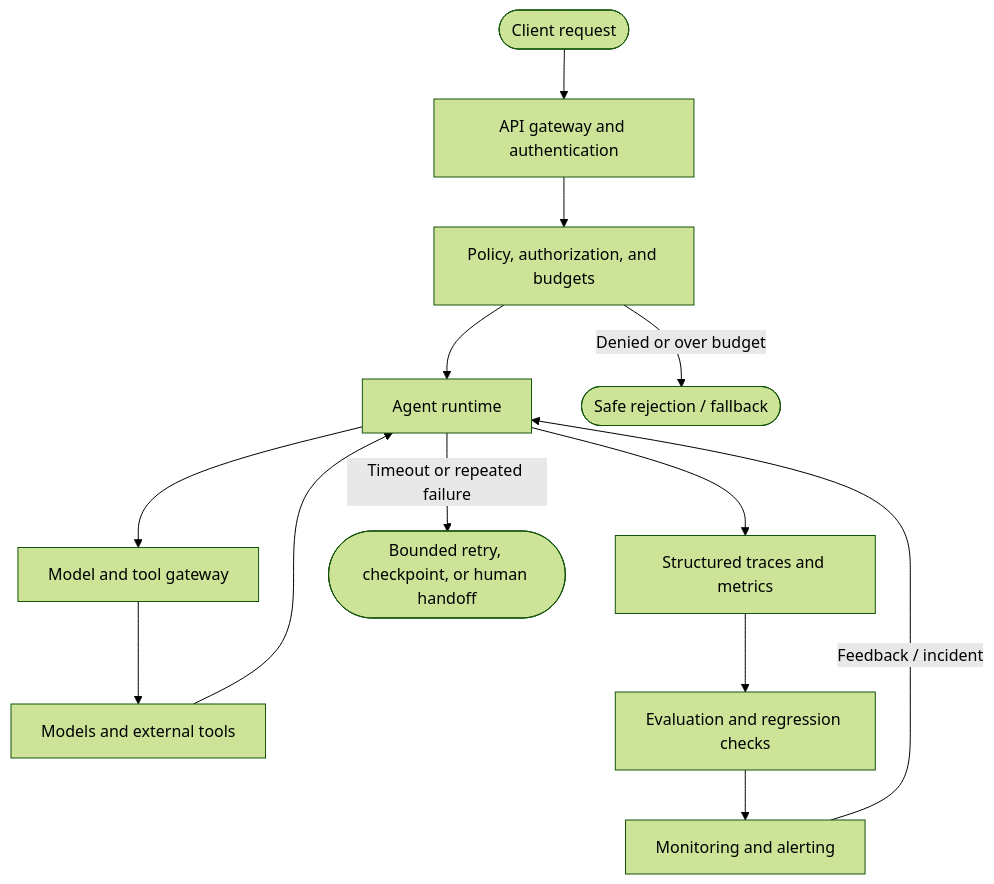
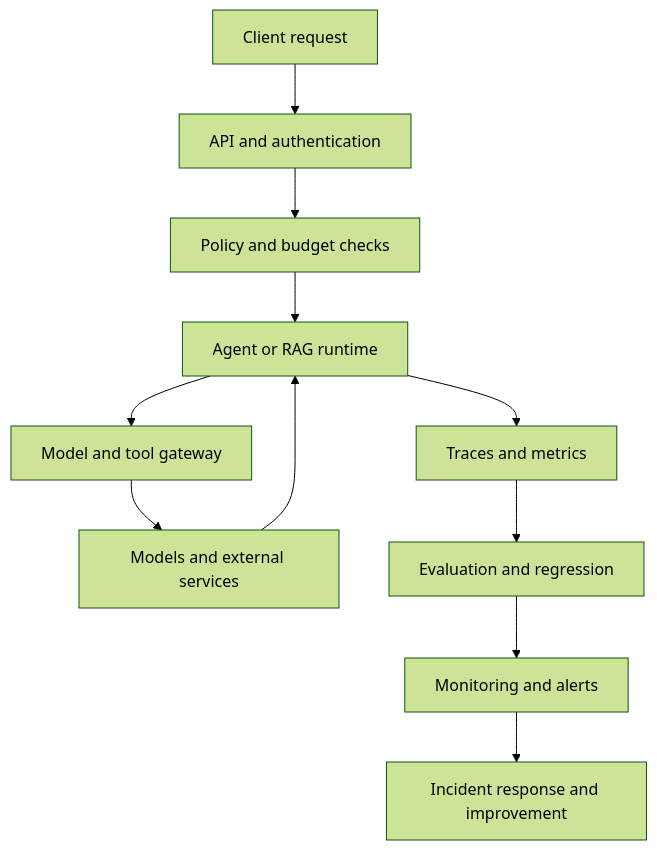
One commit to codergirl73/agentic-ai-system-design changed the first of 4 diagrams in MODULE_8_PRODUCTION_ENGINEERING.md. Above: the diagram before and after it, drawn with Mermaid (forest theme). The commit also changed other lines of this file, not shown here.

````diff
--- a/MODULE_8_PRODUCTION_ENGINEERING.md
+++ b/MODULE_8_PRODUCTION_ENGINEERING.md
@@ -9,15 +16,13 @@
-```mermaid
+~~~mermaid
 flowchart TD
-    U([Client request]) --> A[API gateway and authentication]
-    A --> P[Policy, authorization, and budgets]
-    P --> R[Agent runtime]
-    R --> G[Model and tool gateway]
-    G --> X[Models and external tools]
+    U["Client request"] --> A["API and authentication"]
+    A --> P["Policy and budget checks"]
+    P --> R["Agent or RAG runtime"]
+    R --> G["Model and tool gateway"]
+    G --> X["Models and external services"]
     X --> R
-    R --> O[Structured traces and metrics]
-    O --> E[Evaluation and regression checks]
-    E --> M[Monitoring and alerting]
-    M -->|Feedback / incident| R
-    P -->|Denied or over budget| D([Safe rejection / fallback])
-    R -->|Timeout or repeated failure| F([Bounded retry, checkpoint, or human handoff])
-```
+    R --> T["Traces and metrics"]
+    T --> E["Evaluation and regression"]
+    E --> M["Monitoring and alerts"]
+    M --> I["Incident response and improvement"]
+~~~
````
